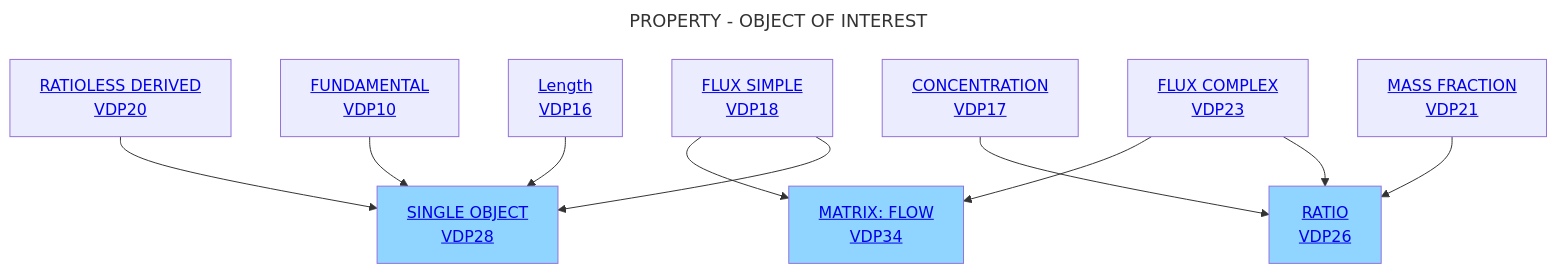
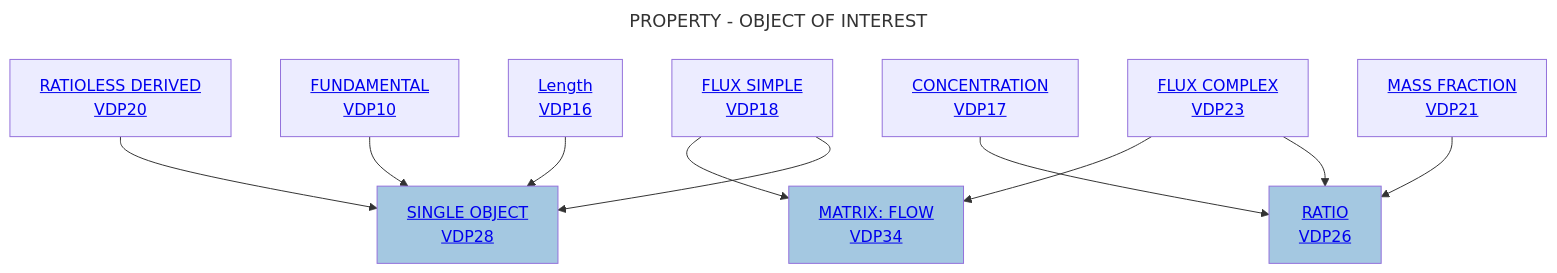
The diagram in Decisition_trees/DT6.mmd (mabablue/I-ADOPT-patterns-playground), drawn with Mermaid before and after one commit.

```diff
--- a/Decisition_trees/DT6.mmd
+++ b/Decisition_trees/DT6.mmd
@@ -1,15 +1,15 @@
 ---
 title: PROPERTY - OBJECT OF INTEREST
 ---
 flowchart TD
     A[<a href='https://github.com/mabablue/I-ADOPT-patterns-playground/blob/main/pattern/VDP16.yaml'>Length <br> VDP16</a>] --> C[<a href='https://github.com/mabablue/I-ADOPT-patterns-playground/blob/main/pattern/VDP16.yaml'>SINGLE OBJECT <br> VDP28</a>]:::blue
     B[<a href='https://github.com/mabablue/I-ADOPT-patterns-playground/blob/main/pattern/VDP10.yaml'>FUNDAMENTAL <br> VDP10</a>]  --> C
     D[<a href='https://github.com/mabablue/I-ADOPT-patterns-playground/blob/main/pattern/VDP10.yaml'>RATIOLESS DERIVED <br> VDP20</a>] --> C
     L[<a href='https://github.com/mabablue/I-ADOPT-patterns-playground/blob/main/pattern/VDP10.yaml'>MASS FRACTION <br> VDP21</a>] --> F[<a href='https://github.com/mabablue/I-ADOPT-patterns-playground/blob/main/pattern/VDP16.yaml'>RATIO <br> VDP26</a>]:::blue
     M[<a href='https://github.com/mabablue/I-ADOPT-patterns-playground/blob/main/pattern/VDP10.yaml'>CONCENTRATION <br> VDP17</a>] --> F
     H[<a href='https://github.com/mabablue/I-ADOPT-patterns-playground/blob/main/pattern/VDP10.yaml'>FLUX SIMPLE <br> VDP18</a>] --> C
     I[<a href='https://github.com/mabablue/I-ADOPT-patterns-playground/blob/main/pattern/VDP10.yaml'>FLUX COMPLEX <br> VDP23</a>] --> F
     H --> K[<a href='https://github.com/mabablue/I-ADOPT-patterns-playground/blob/main/pattern/VDP10.yaml'>MATRIX: FLOW <br> VDP34</a>]:::blue
     I --> K
 
-   classDef blue fill:#90D5FF
+   classDef blue fill:#A4C8E1
```
